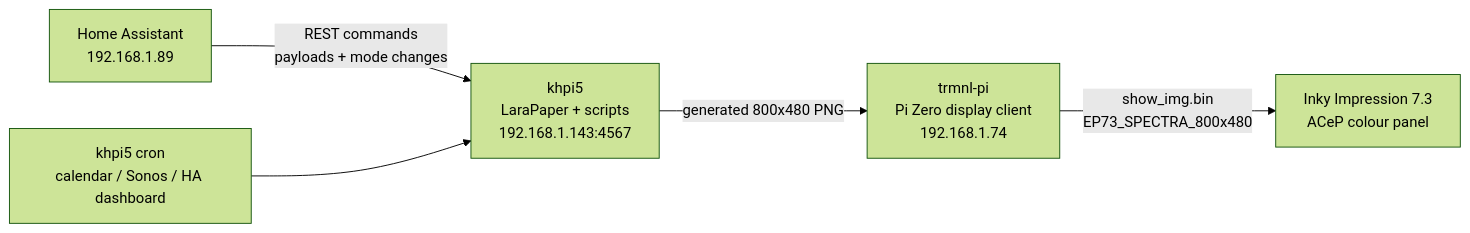
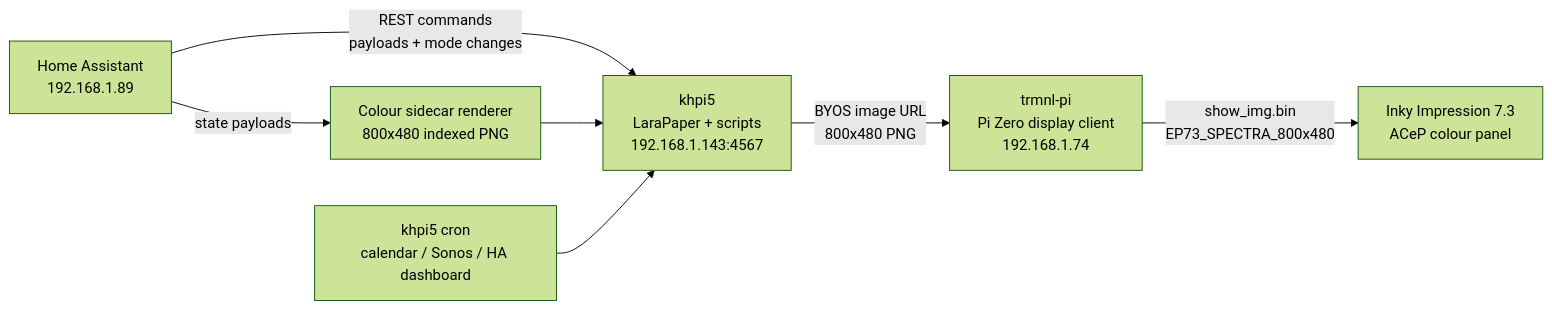
The diagram in README.md (davedavedavenm/trmnl-display), drawn with Mermaid (forest theme) before and after one commit. The commit also changed other lines of this file and 6 other files, not shown here.

Commit message:
docs: lock in colour sidecar direction

````diff
--- a/README.md
+++ b/README.md
@@ -9,7 +9,9 @@
 ```mermaid
 flowchart LR
   HA["Home Assistant\n192.168.1.89"] -->|"REST commands\npayloads + mode changes"| KHPi["khpi5\nLaraPaper + scripts\n192.168.1.143:4567"]
+  HA -->|"state payloads"| Sidecar["Colour sidecar renderer\n800x480 indexed PNG"]
+  Sidecar --> KHPi
   Cron["khpi5 cron\ncalendar / Sonos / HA dashboard"] --> KHPi
-  KHPi -->|"generated 800x480 PNG"| Pi["trmnl-pi\nPi Zero display client\n192.168.1.74"]
+  KHPi -->|"BYOS image URL\n800x480 PNG"| Pi["trmnl-pi\nPi Zero display client\n192.168.1.74"]
   Pi -->|"show_img.bin\nEP73_SPECTRA_800x480"| Panel["Inky Impression 7.3\nACeP colour panel"]
 ```
````
